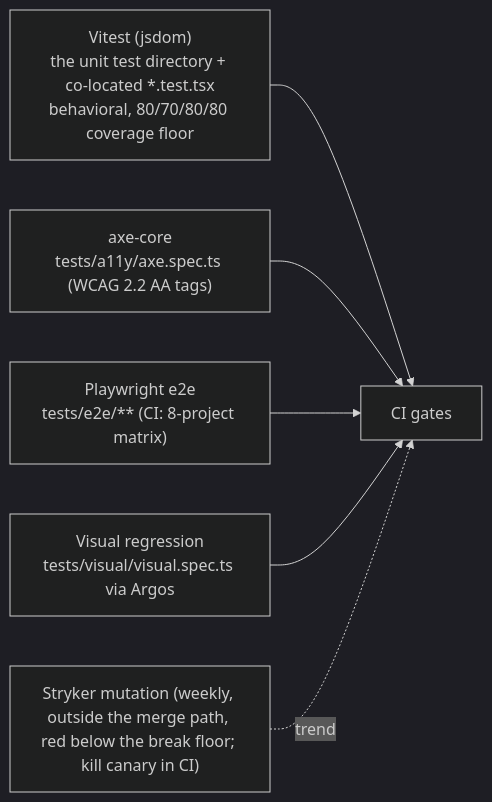
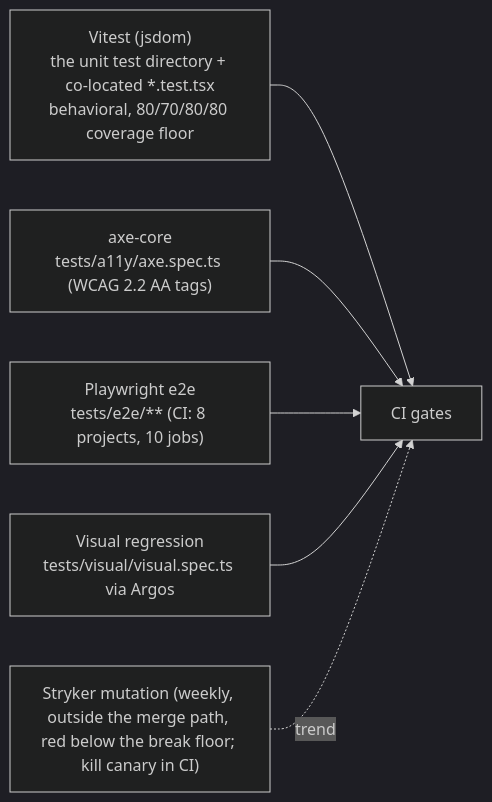
The third of 8 diagrams in docs/07-workflows.md (erikunha/portfolio), drawn with Mermaid (dark theme) before and after one commit. The commit also changed other lines of this file and 6 other files, not shown here.

````diff
--- a/docs/07-workflows.md
+++ b/docs/07-workflows.md
@@ -134,9 +134,9 @@
 ```mermaid
 flowchart LR
     unit["Vitest (jsdom)<br/>the unit test directory + co-located *.test.tsx<br/>behavioral, 80/70/80/80 coverage floor"] --> ci
     a11y["axe-core<br/>tests/a11y/axe.spec.ts (WCAG 2.2 AA tags)"] --> ci
-    e2e["Playwright e2e<br/>tests/e2e/** (CI: 8-project matrix)"] --> ci
+    e2e["Playwright e2e<br/>tests/e2e/** (CI: 8 projects, 10 jobs)"] --> ci
     visual["Visual regression<br/>tests/visual/visual.spec.ts via Argos"] --> ci
     mut["Stryker mutation (weekly, outside the merge path, red below the break floor; kill canary in CI)"] -. trend .-> ci
     ci["CI gates"]
 ```
````
